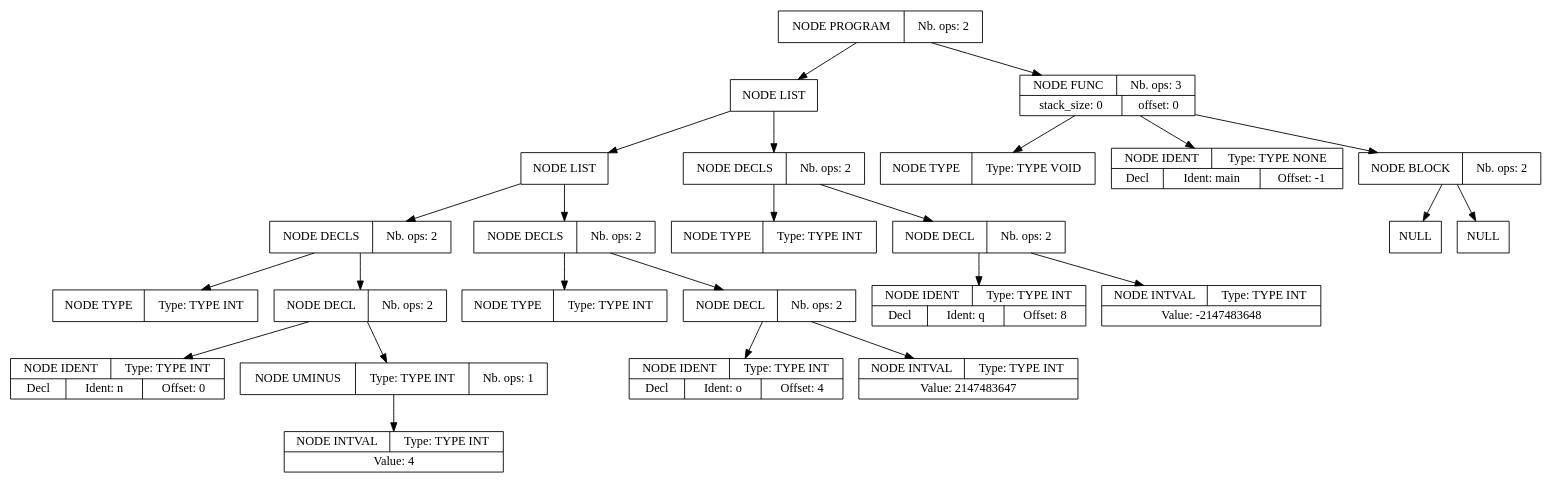
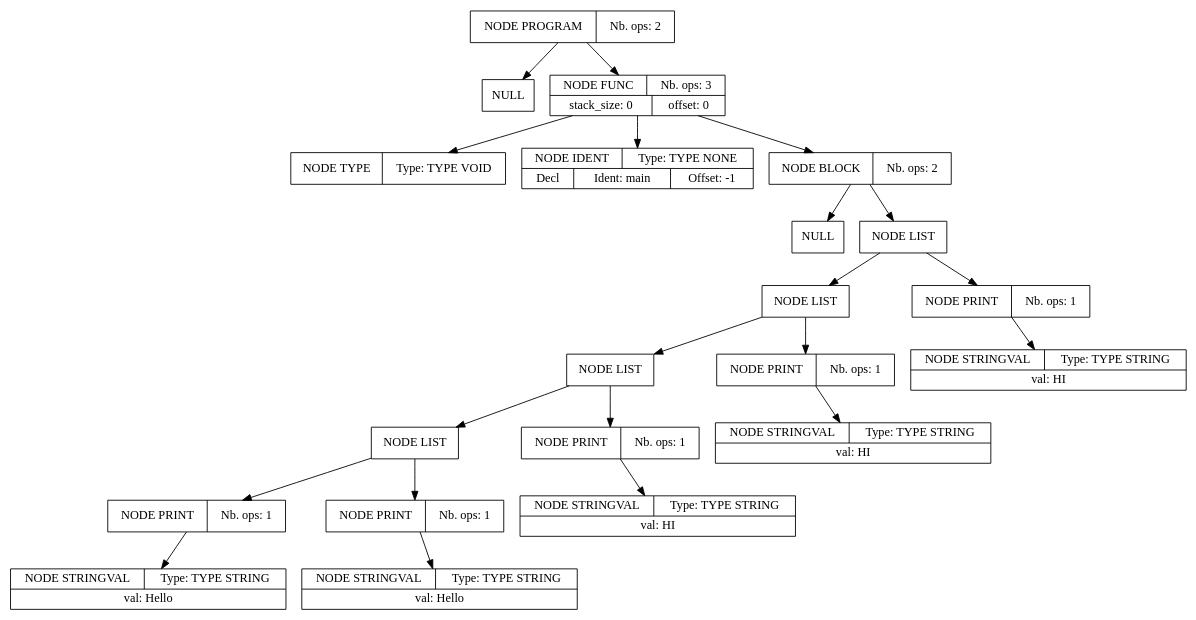
Before and after one commit to Serial-DeV/Compilation: the diagram in projet_compilation_src/tools/apres_passe_1.dot, drawn with Graphviz. The commit also changed 13 other files, not shown here.

```diff
--- a/projet_compilation_src/tools/apres_passe_1.dot
+++ b/projet_compilation_src/tools/apres_passe_1.dot
@@ -1,75 +1,63 @@
 digraph global_vars {
     N1 [shape=record, label="{{NODE PROGRAM|Nb. ops: 2}}"];
-    N2 [shape=record, label="{{NODE LIST}}"];
-    N3 [shape=record, label="{{NODE LIST}}"];
-    N4 [shape=record, label="{{NODE DECLS|Nb. ops: 2}}"];
-    N5 [shape=record, label="{{NODE TYPE|Type: TYPE INT}}"];
+    N2 [shape=record, label="{{NULL}}"];
     edge[tailclip=true];
-    N4 -> N5
-    N6 [shape=record, label="{{NODE DECL|Nb. ops: 2}}"];
-    N7 [shape=record, label="{{NODE IDENT|Type: TYPE INT}|{<decl>Decl      |Ident: n|Offset: 0}}"];
+    N1 -> N2
+    N3 [shape=record, label="{{NODE FUNC|Nb. ops: 3}|{stack_size: 0|offset: 0}}"];
+    N4 [shape=record, label="{{NODE TYPE|Type: TYPE VOID}}"];
+    edge[tailclip=true];
+    N3 -> N4
+    N5 [shape=record, label="{{NODE IDENT|Type: TYPE NONE}|{<decl>Decl      |Ident: main|Offset: -1}}"];
+    edge[tailclip=true];
+    N3 -> N5
+    N6 [shape=record, label="{{NODE BLOCK|Nb. ops: 2}}"];
+    N7 [shape=record, label="{{NULL}}"];
     edge[tailclip=true];
     N6 -> N7
-    N8 [shape=record, label="{{NODE UMINUS|Type: TYPE INT|Nb. ops: 1}}"];
-    N9 [shape=record, label="{{NODE INTVAL|Type: TYPE INT}|{Value: 4}}"];
+    N8 [shape=record, label="{{NODE LIST}}"];
+    N9 [shape=record, label="{{NODE LIST}}"];
+    N10 [shape=record, label="{{NODE LIST}}"];
+    N11 [shape=record, label="{{NODE LIST}}"];
+    N12 [shape=record, label="{{NODE PRINT|Nb. ops: 1}}"];
+    N13 [shape=record, label="{{NODE STRINGVAL|Type: TYPE STRING}|{val: Hello}}"];
+    edge[tailclip=true];
+    N12 -> N13
+    edge[tailclip=true];
+    N11 -> N12
+    N14 [shape=record, label="{{NODE PRINT|Nb. ops: 1}}"];
+    N15 [shape=record, label="{{NODE STRINGVAL|Type: TYPE STRING}|{val: Hello}}"];
+    edge[tailclip=true];
+    N14 -> N15
+    edge[tailclip=true];
+    N11 -> N14
+    edge[tailclip=true];
+    N10 -> N11
+    N16 [shape=record, label="{{NODE PRINT|Nb. ops: 1}}"];
+    N17 [shape=record, label="{{NODE STRINGVAL|Type: TYPE STRING}|{val: HI}}"];
+    edge[tailclip=true];
+    N16 -> N17
+    edge[tailclip=true];
+    N10 -> N16
+    edge[tailclip=true];
+    N9 -> N10
+    N18 [shape=record, label="{{NODE PRINT|Nb. ops: 1}}"];
+    N19 [shape=record, label="{{NODE STRINGVAL|Type: TYPE STRING}|{val: HI}}"];
+    edge[tailclip=true];
+    N18 -> N19
+    edge[tailclip=true];
+    N9 -> N18
     edge[tailclip=true];
     N8 -> N9
+    N20 [shape=record, label="{{NODE PRINT|Nb. ops: 1}}"];
+    N21 [shape=record, label="{{NODE STRINGVAL|Type: TYPE STRING}|{val: HI}}"];
+    edge[tailclip=true];
+    N20 -> N21
+    edge[tailclip=true];
+    N8 -> N20
     edge[tailclip=true];
     N6 -> N8
     edge[tailclip=true];
-    N4 -> N6
+    N3 -> N6
     edge[tailclip=true];
-    N3 -> N4
-    N10 [shape=record, label="{{NODE DECLS|Nb. ops: 2}}"];
-    N11 [shape=record, label="{{NODE TYPE|Type: TYPE INT}}"];
-    edge[tailclip=true];
-    N10 -> N11
-    N12 [shape=record, label="{{NODE DECL|Nb. ops: 2}}"];
-    N13 [shape=record, label="{{NODE IDENT|Type: TYPE INT}|{<decl>Decl      |Ident: o|Offset: 4}}"];
-    edge[tailclip=true];
-    N12 -> N13
-    N14 [shape=record, label="{{NODE INTVAL|Type: TYPE INT}|{Value: 2147483647}}"];
-    edge[tailclip=true];
-    N12 -> N14
-    edge[tailclip=true];
-    N10 -> N12
-    edge[tailclip=true];
-    N3 -> N10
-    edge[tailclip=true];
-    N2 -> N3
-    N15 [shape=record, label="{{NODE DECLS|Nb. ops: 2}}"];
-    N16 [shape=record, label="{{NODE TYPE|Type: TYPE INT}}"];
-    edge[tailclip=true];
-    N15 -> N16
-    N17 [shape=record, label="{{NODE DECL|Nb. ops: 2}}"];
-    N18 [shape=record, label="{{NODE IDENT|Type: TYPE INT}|{<decl>Decl      |Ident: q|Offset: 8}}"];
-    edge[tailclip=true];
-    N17 -> N18
-    N19 [shape=record, label="{{NODE INTVAL|Type: TYPE INT}|{Value: -2147483648}}"];
-    edge[tailclip=true];
-    N17 -> N19
-    edge[tailclip=true];
-    N15 -> N17
-    edge[tailclip=true];
-    N2 -> N15
-    edge[tailclip=true];
-    N1 -> N2
-    N20 [shape=record, label="{{NODE FUNC|Nb. ops: 3}|{stack_size: 0|offset: 0}}"];
-    N21 [shape=record, label="{{NODE TYPE|Type: TYPE VOID}}"];
-    edge[tailclip=true];
-    N20 -> N21
-    N22 [shape=record, label="{{NODE IDENT|Type: TYPE NONE}|{<decl>Decl      |Ident: main|Offset: -1}}"];
-    edge[tailclip=true];
-    N20 -> N22
-    N23 [shape=record, label="{{NODE BLOCK|Nb. ops: 2}}"];
-    N24 [shape=record, label="{{NULL}}"];
-    edge[tailclip=true];
-    N23 -> N24
-    N25 [shape=record, label="{{NULL}}"];
-    edge[tailclip=true];
-    N23 -> N25
-    edge[tailclip=true];
-    N20 -> N23
-    edge[tailclip=true];
-    N1 -> N20
+    N1 -> N3
 }
```
